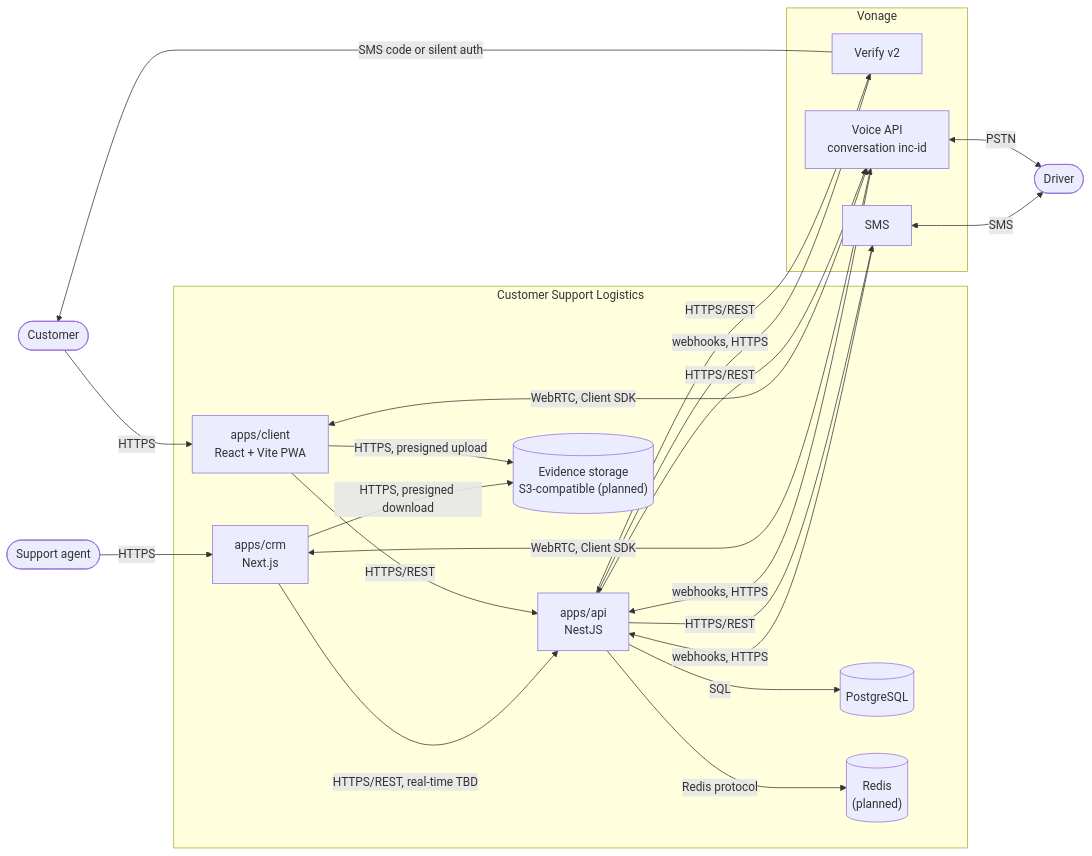
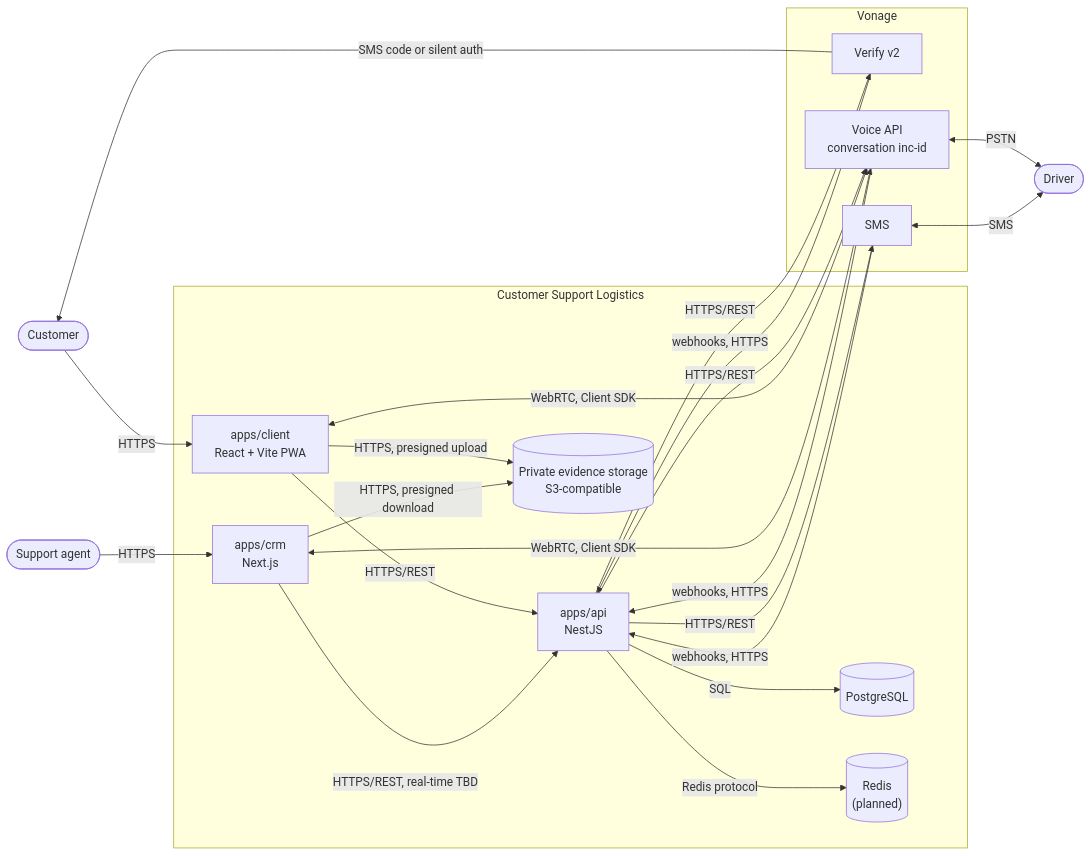
One commit to femCodersClub-vonage-program/customer-support-logistics changed the second of 3 diagrams in docs/architecture/README.md. Above: the diagram before and after it, drawn with Mermaid. The commit also changed other lines of this file, not shown here.

Commit message:
docs(architecture): describe evidence storage flow

````diff
--- a/docs/architecture/README.md
+++ b/docs/architecture/README.md
@@ -35,41 +35,41 @@
 ```mermaid
 flowchart LR
   customer(["Customer"])
   agent(["Support agent"])
   driver(["Driver"])
 
   subgraph csl["Customer Support Logistics"]
     client["apps/client<br/>React + Vite PWA"]
     crm["apps/crm<br/>Next.js"]
     api["apps/api<br/>NestJS"]
     db[("PostgreSQL")]
     redis[("Redis<br/>(planned)")]
-    storage[("Evidence storage<br/>S3-compatible (planned)")]
+    storage[("Private evidence storage<br/>S3-compatible")]
   end
 
   subgraph vonage["Vonage"]
     verify["Verify v2"]
     sms["SMS"]
     voice["Voice API<br/>conversation inc-id"]
   end
 
   customer -->|HTTPS| client
   agent -->|HTTPS| crm
   client -->|"HTTPS/REST"| api
   crm -->|"HTTPS/REST, real-time TBD"| api
   client -->|"HTTPS, presigned upload"| storage
   crm -->|"HTTPS, presigned download"| storage
   api -->|SQL| db
   api -->|"Redis protocol"| redis
   api -->|"HTTPS/REST"| verify
   api -->|"HTTPS/REST"| sms
   api -->|"HTTPS/REST"| voice
   verify -->|"webhooks, HTTPS"| api
   sms -->|"webhooks, HTTPS"| api
   voice -->|"webhooks, HTTPS"| api
   client <-->|"WebRTC, Client SDK"| voice
   crm <-->|"WebRTC, Client SDK"| voice
   voice <-->|PSTN| driver
   sms <-->|SMS| driver
   verify -->|"SMS code or silent auth"| customer
 ```
````
